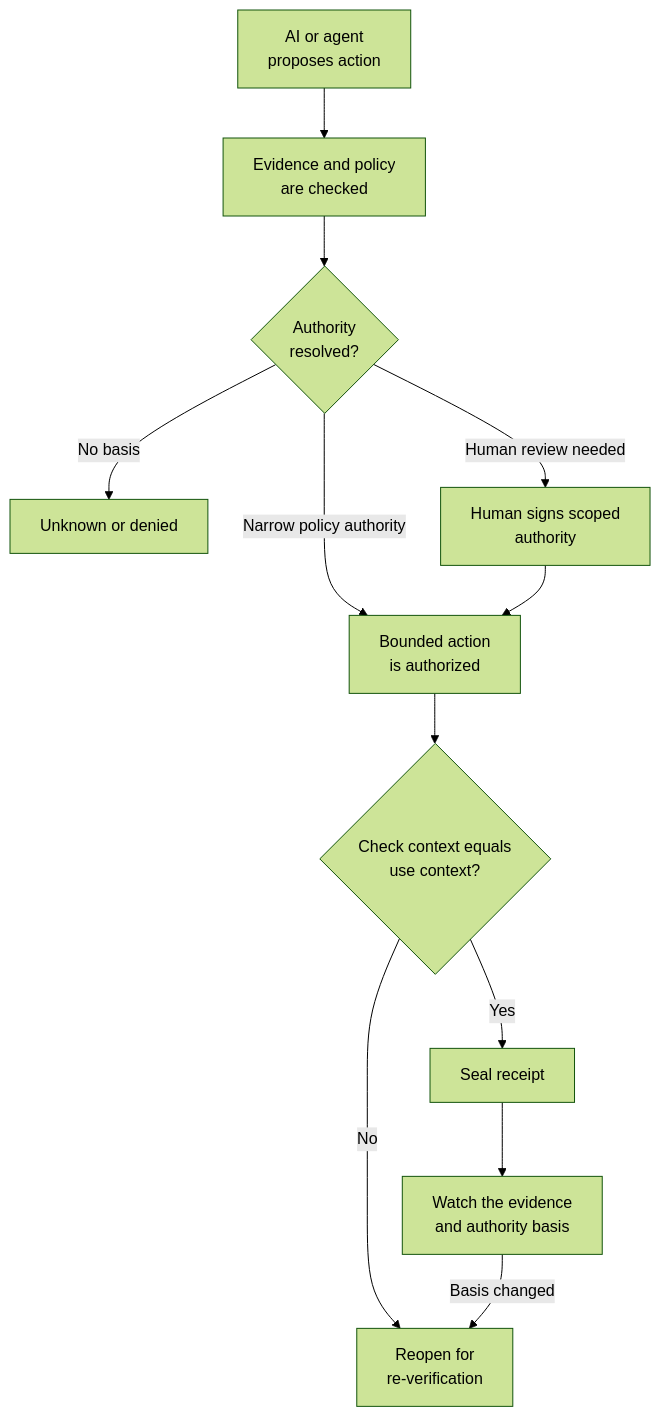
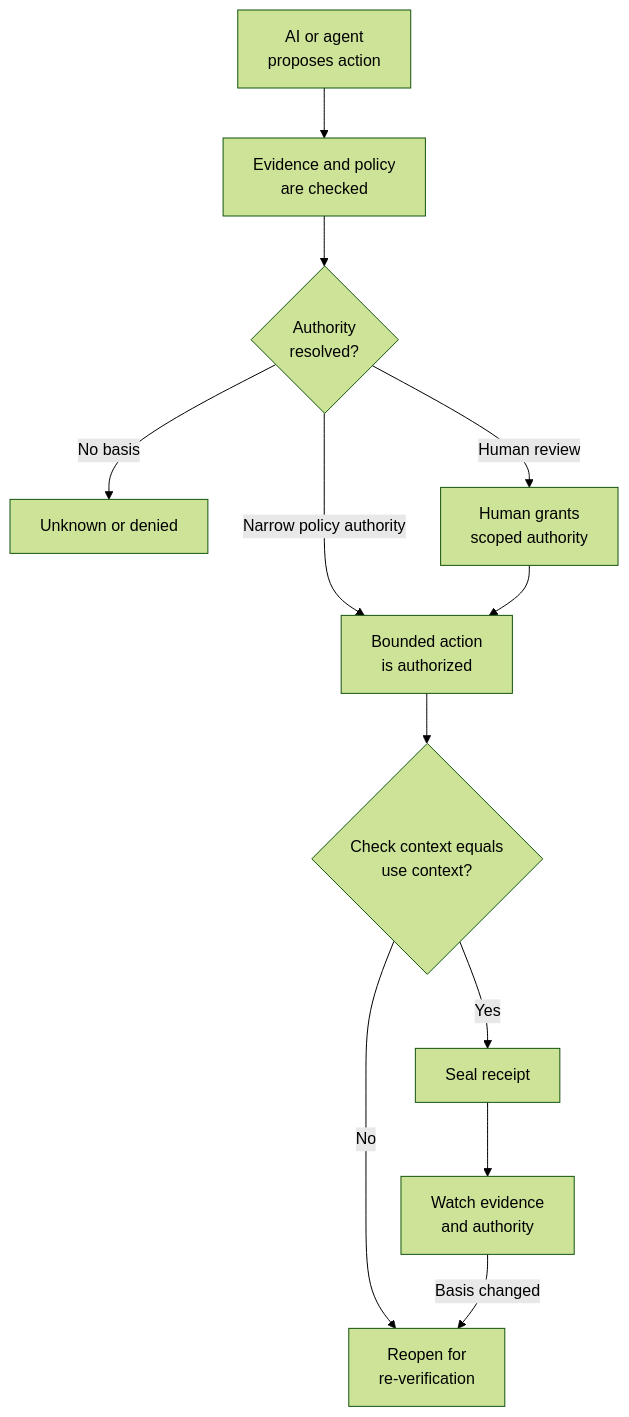
The diagram in README.md (lumirosh/open-decision-receipt), drawn with Mermaid (forest theme) before and after one commit. The commit also changed other lines of this file, not shown here.

````diff
--- a/README.md
+++ b/README.md
@@ -37,14 +48,14 @@
 ```mermaid
 flowchart TB
     A[AI or agent<br/>proposes action] --> B[Evidence and policy<br/>are checked]
     B --> C{Authority<br/>resolved?}
     C -->|No basis| D[Unknown or denied]
-    C -->|Human review needed| E[Human signs scoped<br/>authority]
+    C -->|Human review| E[Human grants<br/>scoped authority]
     C -->|Narrow policy authority| F[Bounded action<br/>is authorized]
     E --> F
     F --> G{Check context equals<br/>use context?}
     G -->|Yes| H[Seal receipt]
     G -->|No| I[Reopen for<br/>re-verification]
-    H --> J[Watch the evidence<br/>and authority basis]
+    H --> J[Watch evidence<br/>and authority]
     J -->|Basis changed| I
 ```
````
